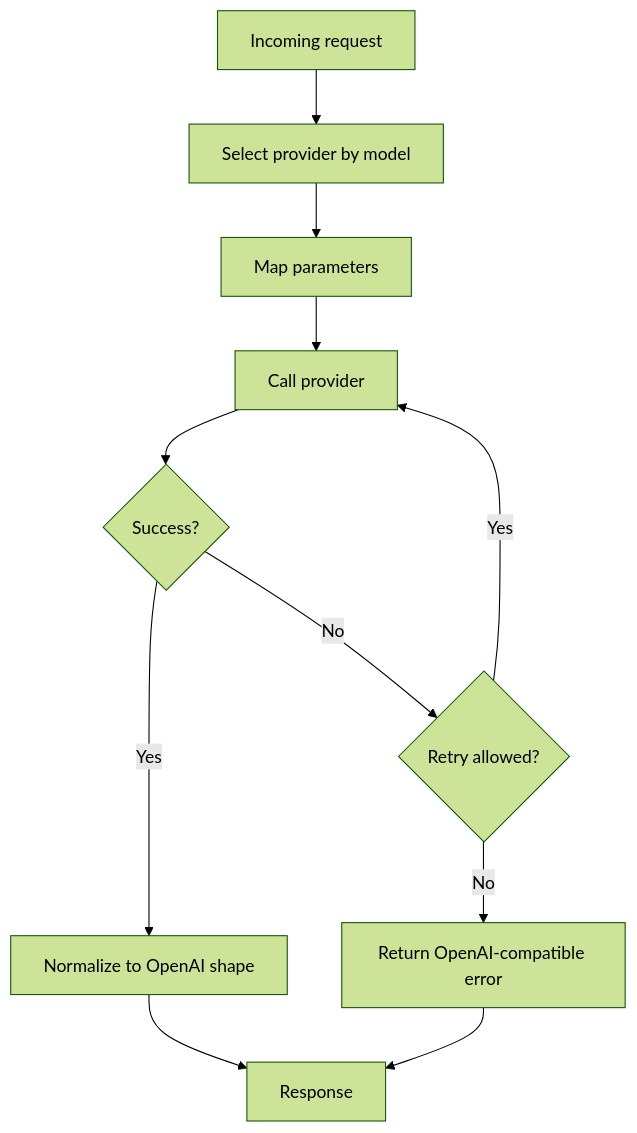
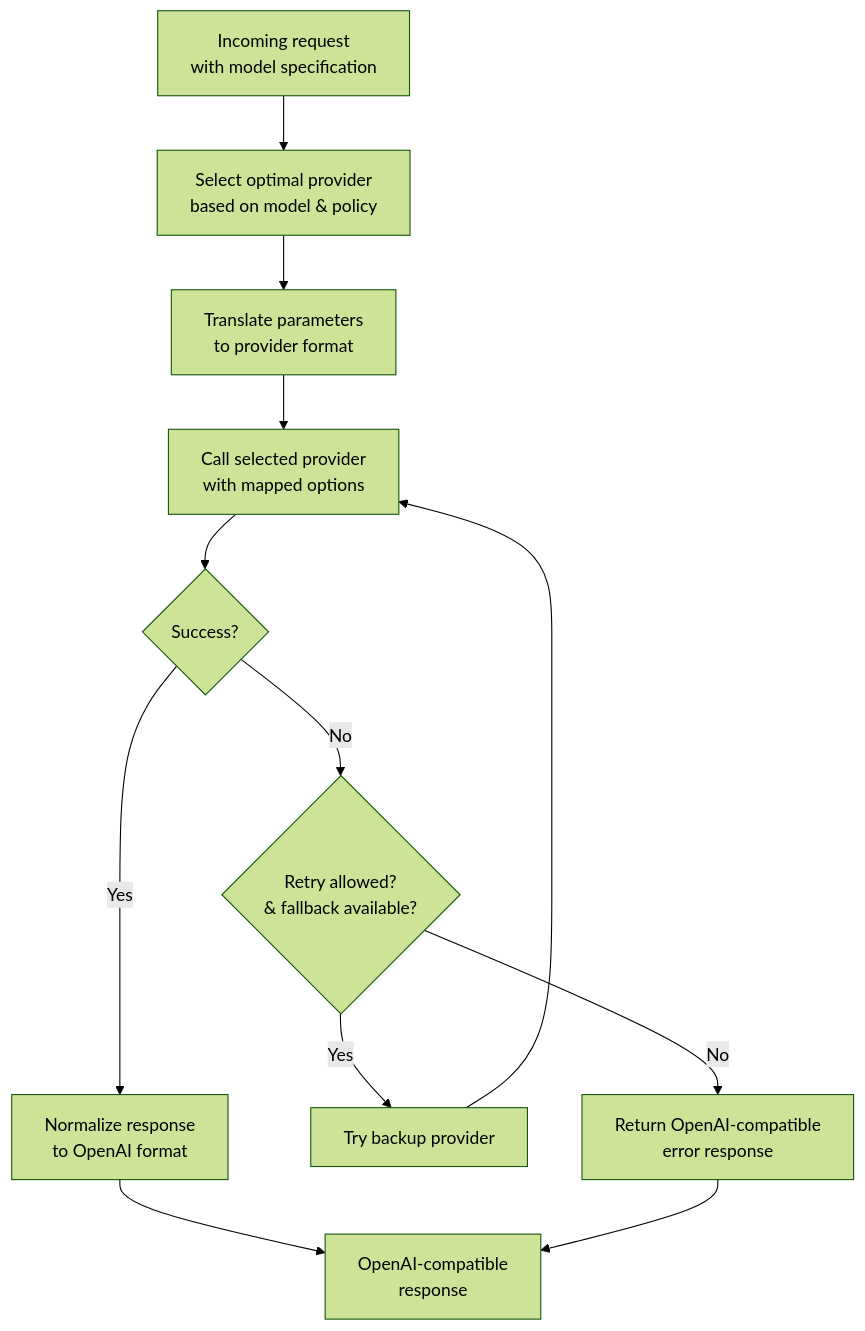
Before and after one commit to HassanAmeer/cheaprouter: the sixth of 8 diagrams in .qoder/repowiki/en/content/Integration Guides/OpenAI Compatibility Layer.md, drawn with Mermaid (forest theme). The commit also changed other lines of this file and 54 other files, not shown here.

````diff
--- a/.qoder/repowiki/en/content/Integration Guides/OpenAI Compatibility Layer.md
+++ b/.qoder/repowiki/en/content/Integration Guides/OpenAI Compatibility Layer.md
@@ -218,13 +259,14 @@
 ```mermaid
 flowchart TD
-In["Incoming request"] --> SelectModel["Select provider by model"]
-SelectModel --> Map["Map parameters"]
-Map --> Call["Call provider"]
+In["Incoming request<br/>with model specification"] --> SelectModel["Select optimal provider<br/>based on model & policy"]
+SelectModel --> Map["Translate parameters<br/>to provider format"]
+Map --> Call["Call selected provider<br/>with mapped options"]
 Call --> Ok{"Success?"}
-Ok --> |Yes| Normalize["Normalize to OpenAI shape"]
-Ok --> |No| Retry{"Retry allowed?"}
-Retry --> |Yes| Call
-Retry --> |No| Err["Return OpenAI-compatible error"]
-Normalize --> Out["Response"]
+Ok --> |Yes| Normalize["Normalize response<br/>to OpenAI format"]
+Ok --> |No| Retry{"Retry allowed?<br/>& fallback available?"}
+Retry --> |Yes| Fallback["Try backup provider"]
+Fallback --> Call
+Retry --> |No| Err["Return OpenAI-compatible<br/>error response"]
+Normalize --> Out["OpenAI-compatible<br/>response"]
 Err --> Out
 ```
````
